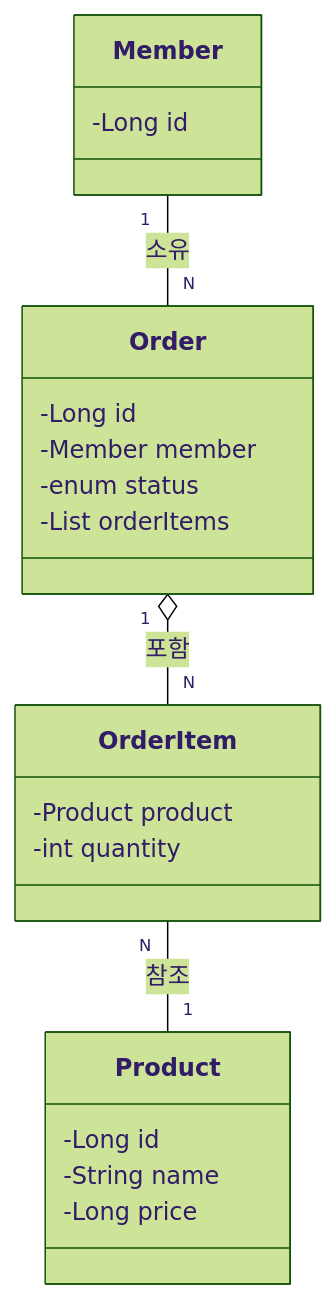
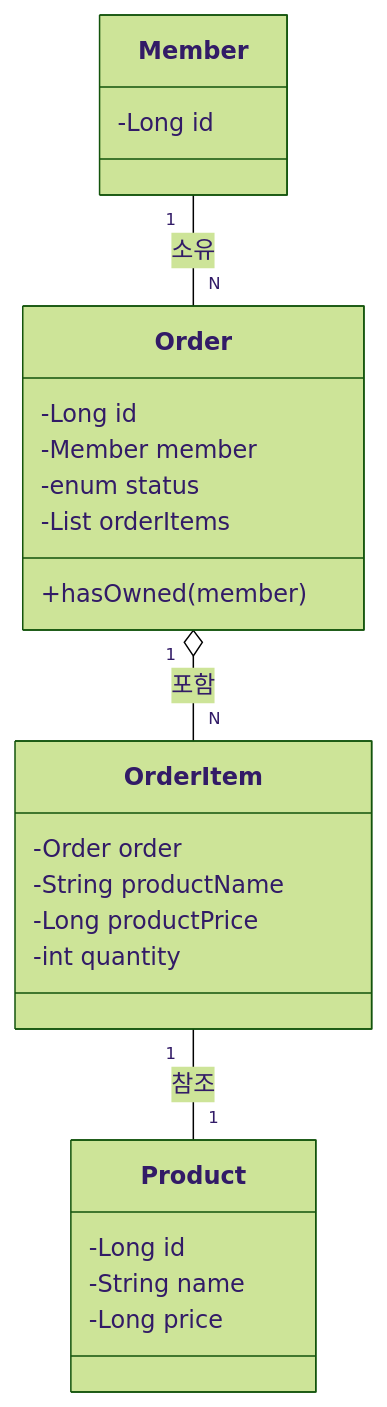
One commit to dhgu-dev/e-commerce changed the ninth of 9 diagrams in docs/design/03-class-diagrams.md. Above: the diagram before and after it, drawn with Mermaid (forest theme). The commit also changed other lines of this file and 3 other files, not shown here.

First line of the commit message:
docs: 시퀀스 및 클래스 다이어그램 개선 (#11)

````diff
--- a/docs/design/03-class-diagrams.md
+++ b/docs/design/03-class-diagrams.md
@@ -191,25 +182,28 @@
 ```mermaid
 classDiagram
     class Member {
         -Long id
     }
     class Order {
         -Long id
         -Member member
         -enum status
         -List<OrderItem> orderItems
+        +hasOwned(member)
     }
     class OrderItem {
-        -Product product
+        -Order order
+        -String productName
+        -Long productPrice
         -int quantity
     }
     class Product {
         -Long id
         -String name
         -Long price
     }
 
     Member "1" -- "N" Order : 소유
     Order "1" o-- "N" OrderItem : 포함
-    OrderItem "N" -- "1" Product : 참조
+    OrderItem "1" -- "1" Product : 참조
 ```
````
